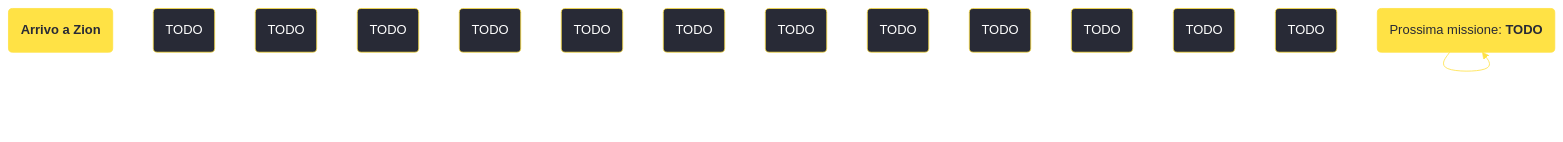
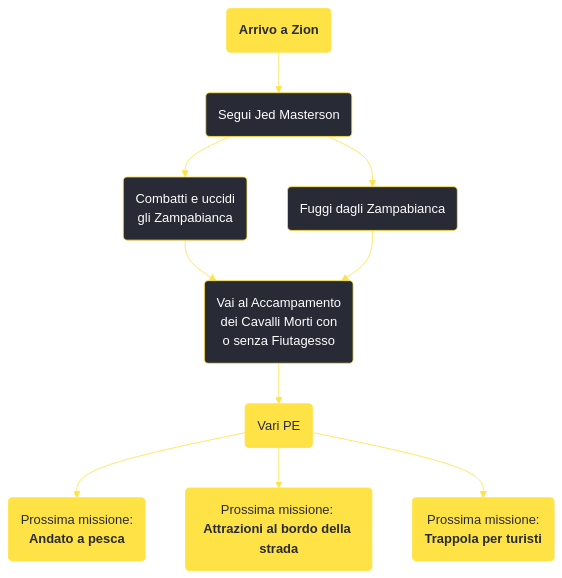
Before and after one commit to persy/wastelander: the diagram in content/voci/fallout new vegas/missioni/Arrivo a Zion.md, drawn with Mermaid. The commit also changed 174 other files, not shown here.

````diff
--- a/content/voci/fallout new vegas/missioni/Arrivo a Zion.md
+++ b/content/voci/fallout new vegas/missioni/Arrivo a Zion.md
@@ -32,24 +32,21 @@
 ```mermaid
 %%{init: {'theme': 'base', 'themeVariables': { 'primaryColor': '#282a36', 'primaryBorderColor': '#ffe245', 'primaryTextColor': '#fff', 'lineColor': '#ffe245', 'fontFamily': 'Jura'}}}%%
 graph TD;
     id1(<b>Arrivo a Zion</b>):::questfnv
-    id2(TODO)
-    id3(TODO)
-    id4(TODO)
-    id5(TODO)
-    id6(TODO)
-    id7(TODO) 
-    id8(TODO)
-    id9(TODO)
-    id10(TODO)
-    id11(TODO)
-    id12(TODO)
-    id13(TODO) 
-    id(TODO):::rewardfnv
-    id(Prossima missione: <b>TODO</b>):::questfnv
-    id-->id-->id-->id-->id-->id-->id
+    id2(Segui Jed Masterson)
+    id3(Combatti e uccidi <br />gli Zampabianca)
+    id4(Fuggi dagli Zampabianca)
+    id5(Vai al Accampamento <br />dei Cavalli Morti con <br />o senza Fiutagesso)
+    id6(Vari PE):::rewardfnv
+    id7(Prossima missione: <br /><b>Andato a pesca</b>):::questfnv 
+    id8(Prossima missione: <br /><b>Attrazioni al bordo della strada</b>):::questfnv
+    id9(Prossima missione: <br /><b>Trappola per turisti</b>):::questfnv
+
+    id1-->id2-->id3 & id4-->id5-->id6-->id7 & id8 & id9
     
-    click id "../TODO"
+    click id "../andato-a-pesca"
+    click id "../attrazioni-a-bordo-della-strada"
+    click id "../trappola-per-turisti"
     classDef rewardfnv fill:#ffe245, stroke:#ffe245, color:#282a36;
     classDef questfnv fill:#ffe245, stroke:#ffe245, color:#282a36;
 ```
````
